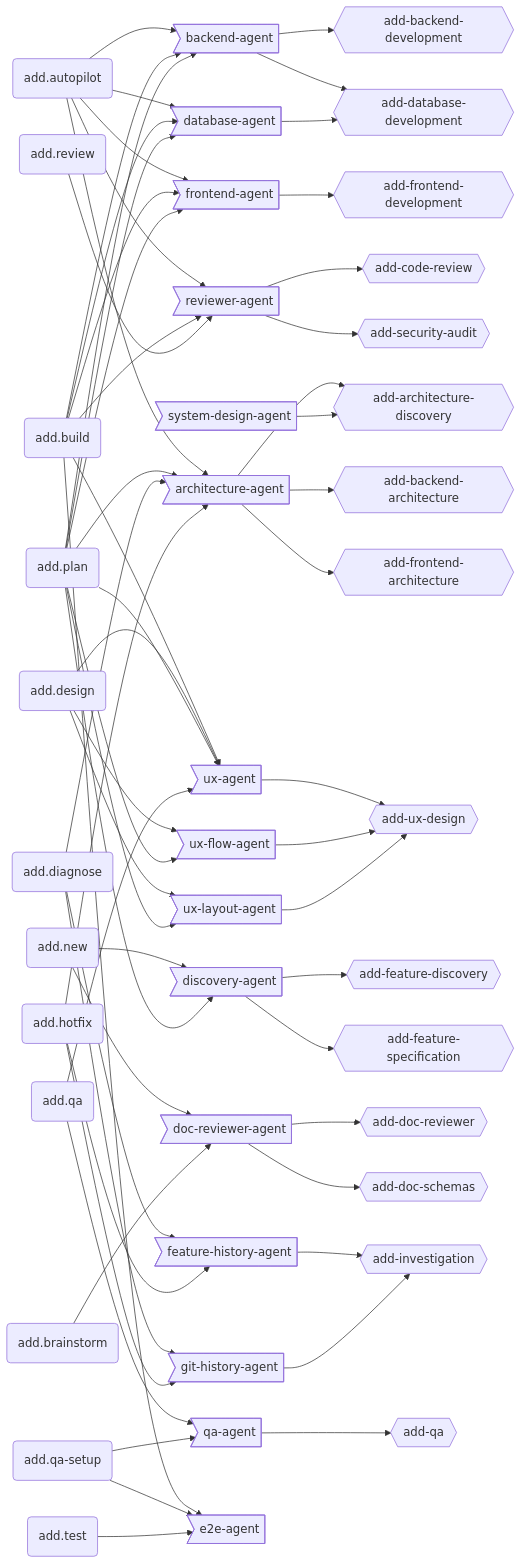
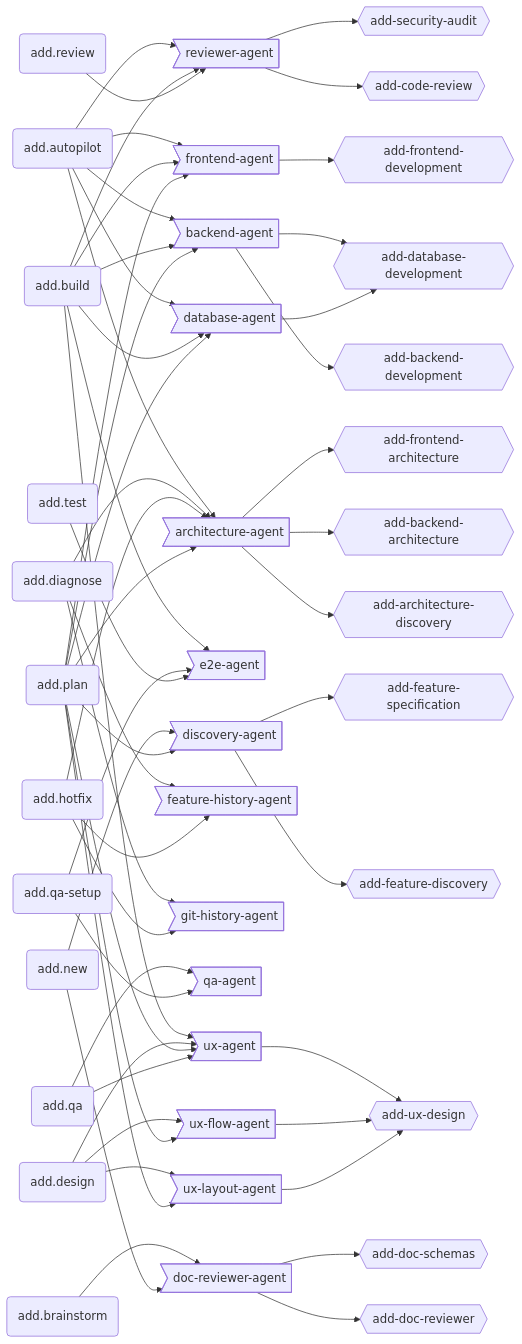
Before and after one commit to brabos-ai/code-addiction: the third of 3 diagrams in ecosystem.md, drawn with Mermaid. The commit also changed other lines of this file and 2 other files, not shown here.

````diff
--- a/ecosystem.md
+++ b/ecosystem.md
@@ -117,75 +88,68 @@
 ```mermaid
 graph LR
   AUTO(add.autopilot)
+  BRAINSTORM(add.brainstorm)
   BUILD(add.build)
   DESIGN(add.design)
-  NEW(add.new)
   DIAGNOSE(add.diagnose)
   HOTFIX(add.hotfix)
-  REVIEW(add.review)
+  NEW(add.new)
   PLAN(add.plan)
-  BRAINSTORM(add.brainstorm)
   QA(add.qa)
   QASETUP(add.qa-setup)
+  REVIEW(add.review)
   TEST(add.test)
 
+  ARCH>architecture-agent]
   BA>backend-agent]
+  DA>database-agent]
+  DISCO>discovery-agent]
+  DOCR>doc-reviewer-agent]
+  E2EA>e2e-agent]
   FA>frontend-agent]
-  DA>database-agent]
+  FHA>feature-history-agent]
+  GHA>git-history-agent]
+  QAA>qa-agent]
   RA>reviewer-agent]
   UXA>ux-agent]
   UXF>ux-flow-agent]
   UXL>ux-layout-agent]
-  DISCO>discovery-agent]
-  DOCR>doc-reviewer-agent]
-  ARCH>architecture-agent]
-  SDA>system-design-agent]
-  FHA>feature-history-agent]
-  GHA>git-history-agent]
-  QAA>qa-agent]
-  E2EA>e2e-agent]
 
+  AD{{add-architecture-discovery}}
+  BARCH{{add-backend-architecture}}
   BE{{add-backend-development}}
+  CR{{add-code-review}}
+  DB{{add-database-development}}
+  DR{{add-doc-reviewer}}
+  DS{{add-doc-schemas}}
+  FD{{add-feature-discovery}}
   FE{{add-frontend-development}}
-  DB{{add-database-development}}
-  CR{{add-code-review}}
+  FARCH{{add-frontend-architecture}}
+  FS{{add-feature-specification}}
   SA{{add-security-audit}}
   UX{{add-ux-design}}
-  FD{{add-feature-discovery}}
-  FS{{add-feature-specification}}
-  DR{{add-doc-reviewer}}
-  DS{{add-doc-schemas}}
-  AD{{add-architecture-discovery}}
-  BARCH{{add-backend-architecture}}
-  FARCH{{add-frontend-architecture}}
-  IV{{add-investigation}}
-  QSK{{add-qa}}
 
-  AUTO --> BA & FA & DA & RA & ARCH
-  BUILD --> BA & FA & DA & RA & UXA & E2EA
+  AUTO --> ARCH & BA & DA & FA & RA
+  BRAINSTORM --> DOCR
+  BUILD --> BA & DA & E2EA & FA & RA & UXA
   DESIGN --> UXF & UXL & UXA
+  DIAGNOSE --> ARCH & FHA & GHA
+  HOTFIX --> ARCH & FHA & GHA
   NEW --> DISCO & DOCR
-  PLAN --> DISCO & BA & FA & DA & ARCH & UXF & UXL & UXA
+  PLAN --> ARCH & BA & DA & DISCO & FA & UXF & UXL & UXA
+  QA --> QAA & UXA
+  QASETUP --> E2EA & QAA
   REVIEW --> RA
-  BRAINSTORM --> DOCR
-  DIAGNOSE --> FHA & GHA & ARCH
-  HOTFIX --> FHA & GHA & ARCH
-  QA --> QAA & UXA
-  QASETUP --> QAA & E2EA
   TEST --> E2EA
 
+  ARCH --> AD & BARCH & FARCH
   BA --> BE & DB
+  DA --> DB
+  DISCO --> FD & FS
+  DOCR --> DR & DS
   FA --> FE
-  DA --> DB
   RA --> CR & SA
   UXA --> UX
   UXF --> UX
   UXL --> UX
-  DISCO --> FD & FS
-  DOCR --> DR & DS
-  ARCH --> AD & BARCH & FARCH
-  SDA --> AD
-  FHA --> IV
-  GHA --> IV
-  QAA --> QSK
 ```
````
